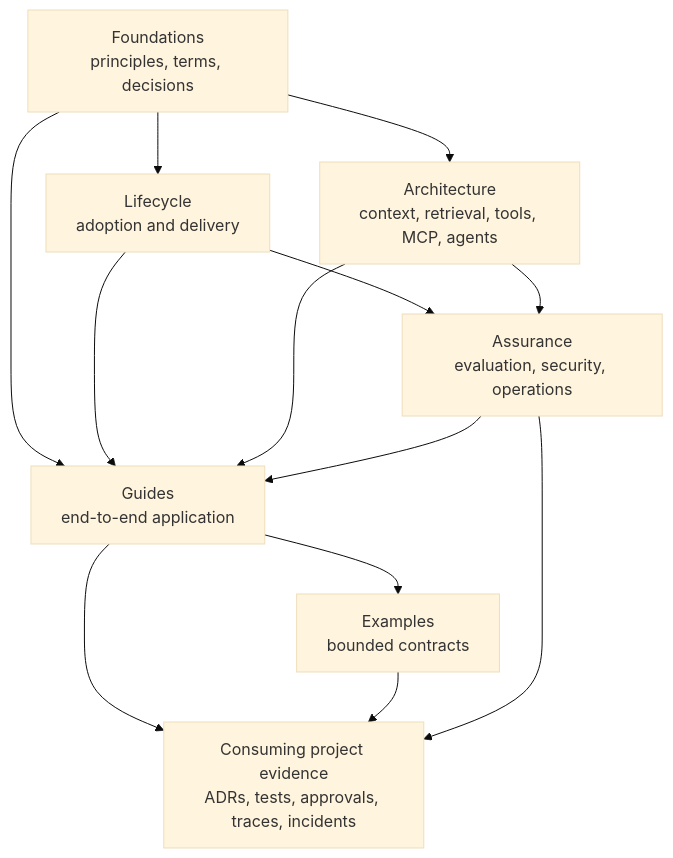
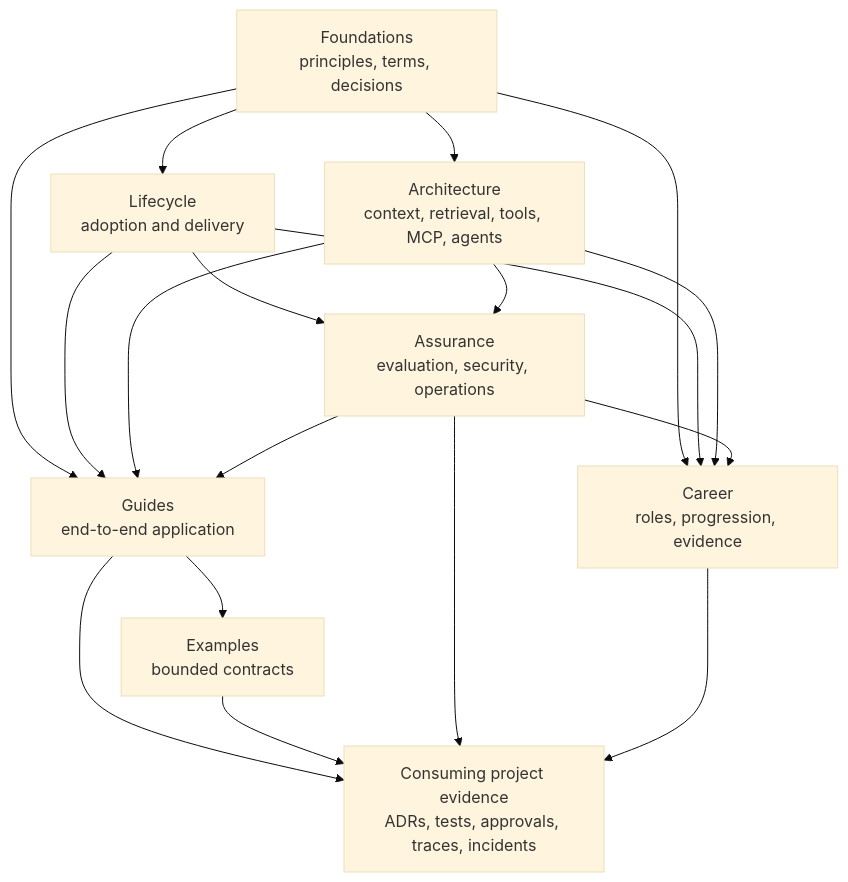
Before and after one commit to ChuanGz/ai-playbook: the second of 2 diagrams in docs/playbook-map.md, drawn with Mermaid (base theme). The commit also changed 11 other files, not shown here.

````diff
--- a/docs/playbook-map.md
+++ b/docs/playbook-map.md
@@ -34,23 +34,29 @@
 ```mermaid
 flowchart TB
     F["Foundations<br/>principles, terms, decisions"]
     L["Lifecycle<br/>adoption and delivery"]
     A["Architecture<br/>context, retrieval, tools, MCP, agents"]
     S["Assurance<br/>evaluation, security, operations"]
     G["Guides<br/>end-to-end application"]
     E["Examples<br/>bounded contracts"]
+    C["Career<br/>roles, progression, evidence"]
     P["Consuming project evidence<br/>ADRs, tests, approvals, traces, incidents"]
 
     F --> L
     F --> A
     L --> S
     A --> S
     F --> G
     L --> G
     A --> G
     S --> G
     G --> E
     G --> P
     E --> P
     S --> P
+    F --> C
+    L --> C
+    A --> C
+    S --> C
+    C --> P
 ```
````
